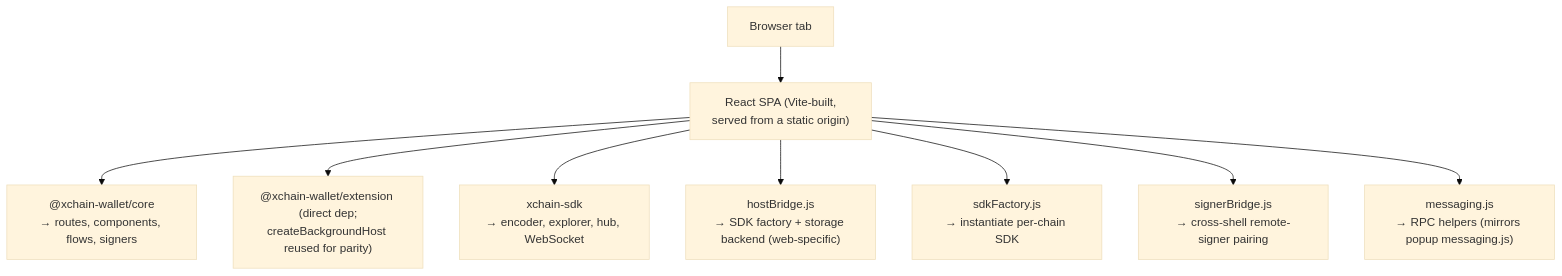
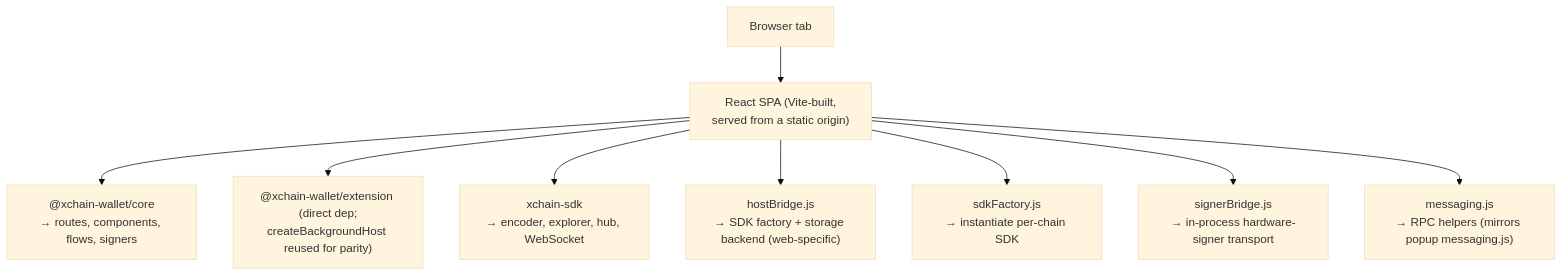
One commit to XChain-Platform/xchain-documentation changed the diagram in components/wallet/shell-web.md. Above: the diagram before and after it, drawn with Mermaid (base theme). The commit also changed other lines of this file, not shown here.

Commit message:
Update web wallet shell documentation

````diff
--- a/components/wallet/shell-web.md
+++ b/components/wallet/shell-web.md
@@ -18,21 +18,21 @@
 ```mermaid
 flowchart TD
     TAB["Browser tab"]
     SPA["React SPA (Vite-built,<br>served from a static origin)"]
     CORE["@xchain-wallet/core<br>→ routes, components, flows, signers"]
     EXT["@xchain-wallet/extension (direct dep;<br>createBackgroundHost reused for parity)"]
     SDK["xchain-sdk<br>→ encoder, explorer, hub, WebSocket"]
     HOSTBRIDGE["hostBridge.js<br>→ SDK factory + storage backend (web-specific)"]
     SDKFACTORY["sdkFactory.js<br>→ instantiate per-chain SDK"]
-    SIGNERBRIDGE["signerBridge.js<br>→ cross-shell remote-signer pairing"]
+    SIGNERBRIDGE["signerBridge.js<br>→ in-process hardware-signer transport"]
     MESSAGING["messaging.js<br>→ RPC helpers (mirrors popup messaging.js)"]
 
     TAB --> SPA
     SPA --> CORE
     SPA --> EXT
     SPA --> SDK
     SPA --> HOSTBRIDGE
     SPA --> SDKFACTORY
     SPA --> SIGNERBRIDGE
     SPA --> MESSAGING
 ```
````
